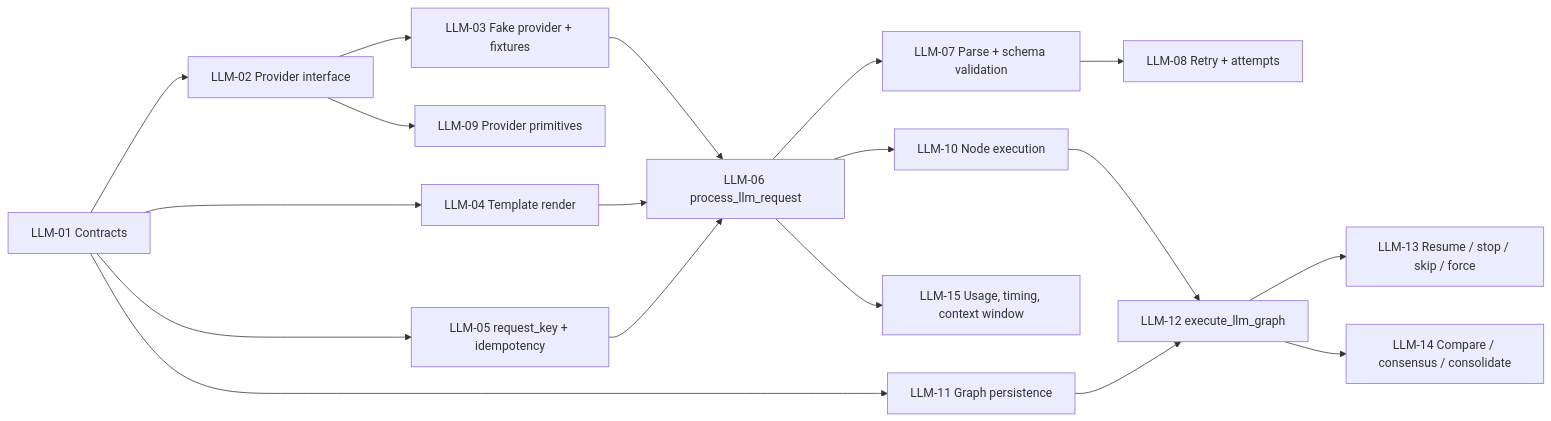
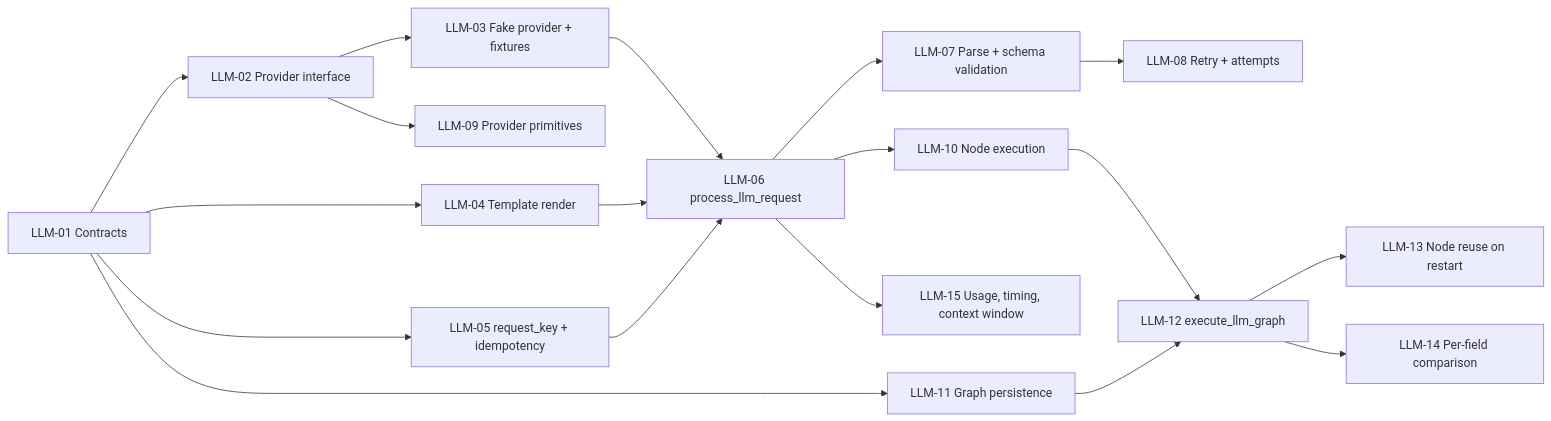
Before and after one commit to mariogarcia-ar/docflow: the diagram in docs/plan/issues/wbs-procesador-llm-call.md, drawn with Mermaid. The commit also changed other lines of this file and 12 other files, not shown here.

````diff
--- a/docs/plan/issues/wbs-procesador-llm-call.md
+++ b/docs/plan/issues/wbs-procesador-llm-call.md
@@ -293,20 +292,20 @@
 ```mermaid
 flowchart LR
     LLM01["LLM-01 Contracts"] --> LLM02["LLM-02 Provider interface"]
     LLM02 --> LLM03["LLM-03 Fake provider + fixtures"]
     LLM01 --> LLM04["LLM-04 Template render"]
     LLM01 --> LLM05["LLM-05 request_key + idempotency"]
     LLM02 --> LLM09["LLM-09 Provider primitives"]
     LLM03 --> LLM06["LLM-06 process_llm_request"]
     LLM04 --> LLM06
     LLM05 --> LLM06
     LLM06 --> LLM07["LLM-07 Parse + schema validation"]
     LLM07 --> LLM08["LLM-08 Retry + attempts"]
     LLM06 --> LLM10["LLM-10 Node execution"]
     LLM01 --> LLM11["LLM-11 Graph persistence"]
     LLM10 --> LLM12["LLM-12 execute_llm_graph"]
     LLM11 --> LLM12
-    LLM12 --> LLM13["LLM-13 Resume / stop / skip / force"]
-    LLM12 --> LLM14["LLM-14 Compare / consensus / consolidate"]
+    LLM12 --> LLM13["LLM-13 Node reuse on restart"]
+    LLM12 --> LLM14["LLM-14 Per-field comparison"]
     LLM06 --> LLM15["LLM-15 Usage, timing, context window"]
 ```
````
